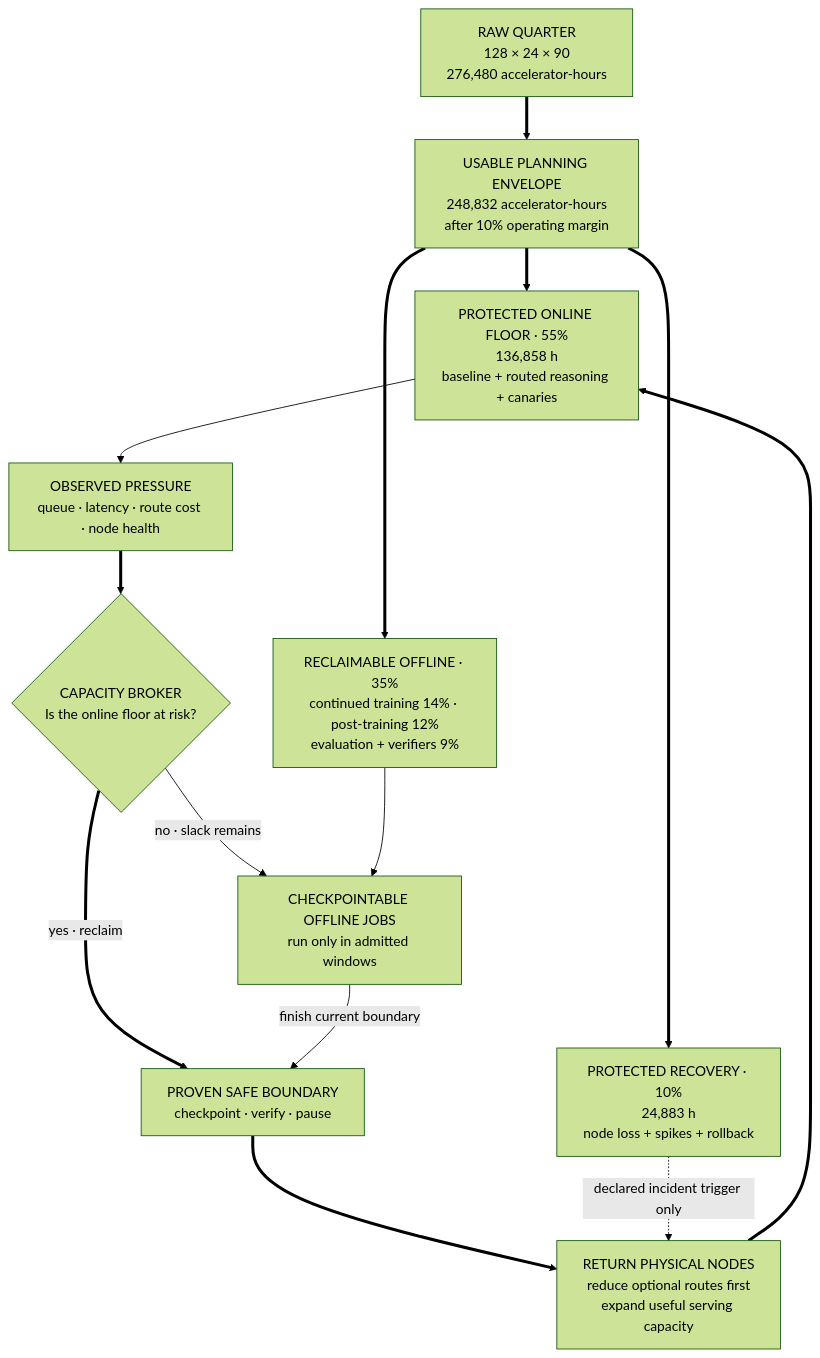
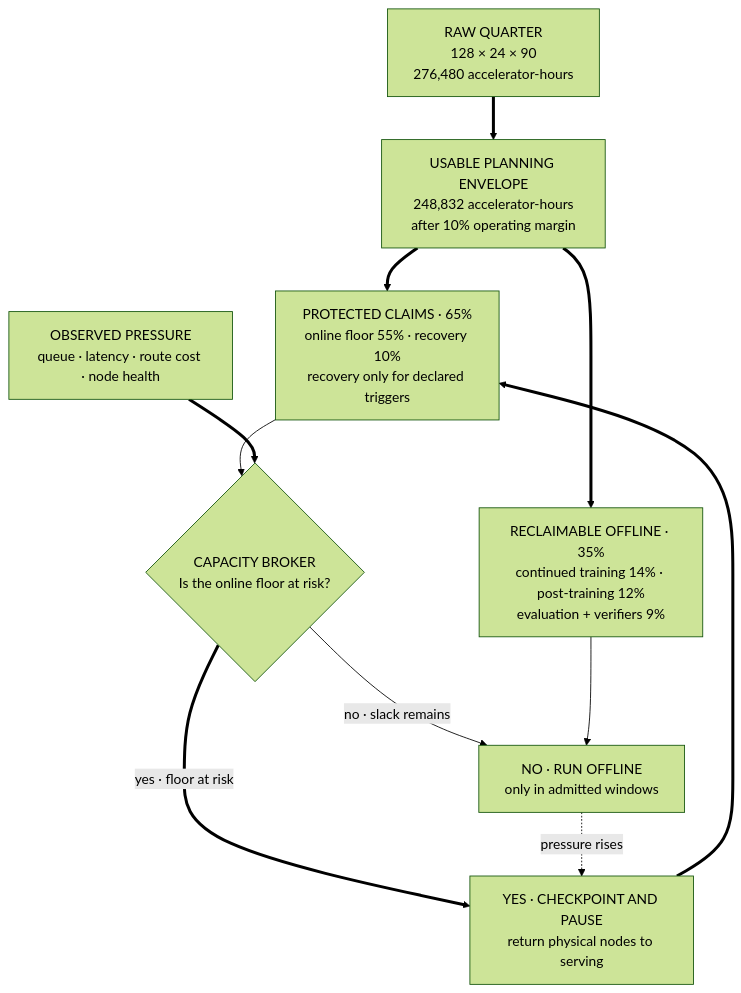
The first of 2 diagrams in src/content/posts/2026-08-29-design-reasoning-model-fixed-budget.md (mlmentorship/mlmentorship.github.io), drawn with Mermaid (forest theme) before and after one commit. The commit also changed other lines of this file and 17 other files, not shown here.

````diff
--- a/src/content/posts/2026-08-29-design-reasoning-model-fixed-budget.md
+++ b/src/content/posts/2026-08-29-design-reasoning-model-fixed-budget.md
@@ -105,35 +105,29 @@
 ```mermaid
 flowchart TB
   accTitle: Fixed budget fences protect serving and recovery while offline nodes remain reclaimable
-  accDescr: The raw quarterly capacity loses a ten-percent operating margin, leaving 248,832 usable accelerator-hours. That planning envelope has three claims that sum to one hundred percent: a fifty-five-percent online serving floor, a ten-percent recovery reserve, and a thirty-five-percent reclaimable offline portfolio comprising continued training, post-training, evaluation, and verifier work. Queue, latency, route-cost, and node-health telemetry feed a capacity broker. Under normal conditions the broker admits checkpointable offline jobs into available windows. When the serving floor is at risk, those jobs finish a proven checkpoint boundary and pause; their nodes return to serving. The recovery reserve joins only for its declared triggers such as node loss, traffic spike, or rollback overlap. Percentages are accounting fences rather than fixed hardware partitions.
+  accDescr: The raw quarterly capacity loses a ten-percent operating margin, leaving 248,832 usable accelerator-hours. That planning envelope has protected claims of fifty-five percent for online serving and ten percent for recovery, plus a thirty-five-percent reclaimable offline portfolio comprising continued training, post-training, evaluation, and verifier work. The claims sum to one hundred percent. Protected claims and queue, latency, route-cost, and node-health telemetry are separate inputs to a capacity broker. Under normal conditions the broker admits checkpointable offline jobs into available windows. When the serving floor is at risk, those jobs finish a proven checkpoint boundary and pause, returning physical nodes to serving. The recovery reserve is used only for a declared recovery trigger. Percentages are accounting fences rather than fixed hardware partitions.
   Raw["RAW QUARTER<br/>128 × 24 × 90<br/>276,480 accelerator-hours"]
   Plan["USABLE PLANNING ENVELOPE<br/>248,832 accelerator-hours<br/>after 10% operating margin"]
-  Online["PROTECTED ONLINE FLOOR · 55%<br/>136,858 h<br/>baseline + routed reasoning + canaries"]
-  Reserve["PROTECTED RECOVERY · 10%<br/>24,883 h<br/>node loss + spikes + rollback"]
+  Protected["PROTECTED CLAIMS · 65%<br/>online floor 55% · recovery 10%<br/>recovery only for declared triggers"]
   Offline["RECLAIMABLE OFFLINE · 35%<br/>continued training 14% · post-training 12%<br/>evaluation + verifiers 9%"]
   Signals["OBSERVED PRESSURE<br/>queue · latency · route cost · node health"]
   Broker{"CAPACITY BROKER<br/>Is the online floor at risk?"}
-  Jobs["CHECKPOINTABLE OFFLINE JOBS<br/>run only in admitted windows"]
-  Boundary["PROVEN SAFE BOUNDARY<br/>checkpoint · verify · pause"]
-  Return["RETURN PHYSICAL NODES<br/>reduce optional routes first<br/>expand useful serving capacity"]
+  Jobs["NO · RUN OFFLINE<br/>only in admitted windows"]
+  Reclaim["YES · CHECKPOINT AND PAUSE<br/>return physical nodes to serving"]
   Raw ==> Plan
-  Plan ==> Online
-  Plan ==> Reserve
+  Plan ==> Protected
   Plan ==> Offline
-  Online --> Signals
+  Protected --> Broker
   Signals ==> Broker
   Broker -->|"no · slack remains"| Jobs
   Offline --> Jobs
-  Broker ==>|"yes · reclaim"| Boundary
-  Jobs -->|"finish current boundary"| Boundary
-  Boundary ==> Return
-  Reserve -.->|"declared incident trigger only"| Return
-  Return ==> Online
+  Broker ==>|"yes · floor at risk"| Reclaim
+  Jobs -.->|"pressure rises"| Reclaim
+  Reclaim ==> Protected
   class Raw,Signals viz-input
   class Plan,Broker viz-focus
-  class Online,Reserve viz-state
+  class Protected viz-state
   class Offline,Jobs viz-neutral
-  class Boundary viz-warning
-  class Return viz-output
-  class Raw viz-tall
+  class Reclaim viz-output
+  class Raw viz-wide
 ```
````
